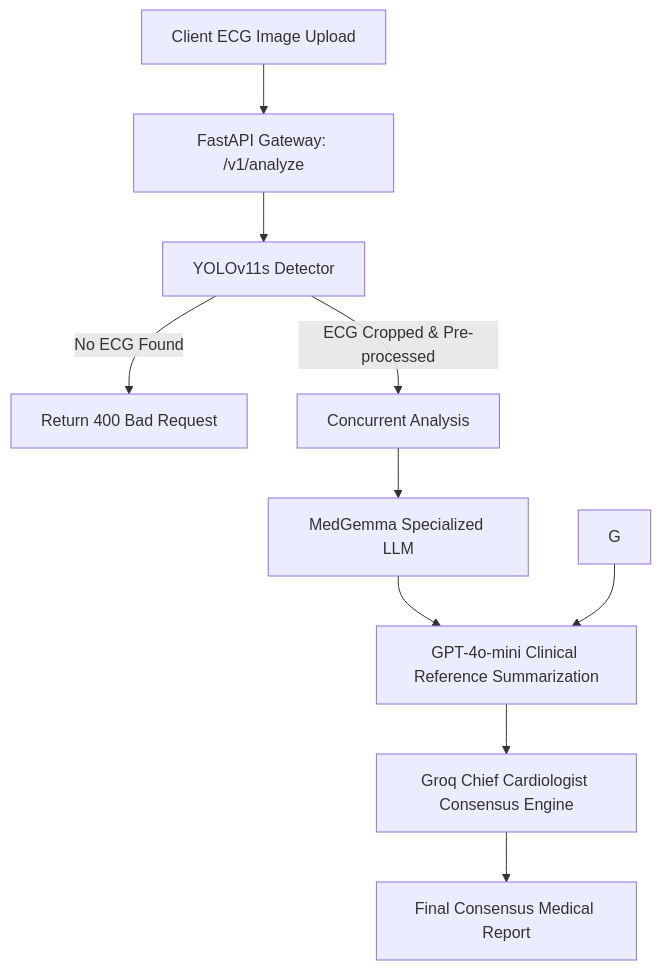
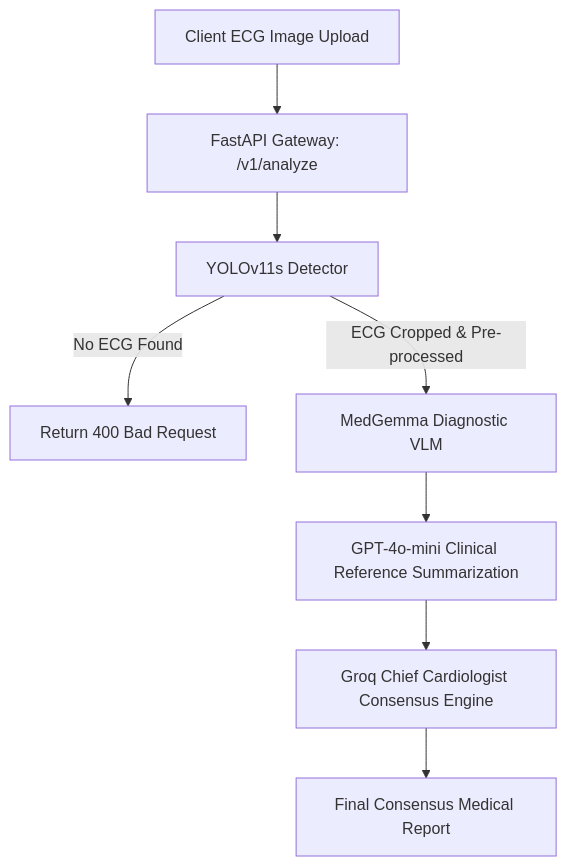
Before and after one commit to Asad939asad/LifeLine.ai-: the first of 2 diagrams in README.md, drawn with Mermaid. The commit also changed other lines of this file, not shown here.

````diff
--- a/README.md
+++ b/README.md
@@ -41,12 +41,10 @@
 ```mermaid
 flowchart TD
     A[Client ECG Image Upload] --> B[FastAPI Gateway: /v1/analyze]
     B --> C[YOLOv11s Detector]
     C -- "No ECG Found" --> D[Return 400 Bad Request]
-    C -- "ECG Cropped & Pre-processed" --> E[Concurrent Analysis]
-    E --> F[MedGemma Specialized LLM]
-    F --> H[GPT-4o-mini Clinical Reference Summarization]
-    G --> H
-    H --> I[Groq Chief Cardiologist Consensus Engine]
-    I --> J[Final Consensus Medical Report]
+    C -- "ECG Cropped & Pre-processed" --> E[MedGemma Diagnostic VLM]
+    E --> F[GPT-4o-mini Clinical Reference Summarization]
+    F --> G[Groq Chief Cardiologist Consensus Engine]
+    G --> H[Final Consensus Medical Report]
 ```
````
